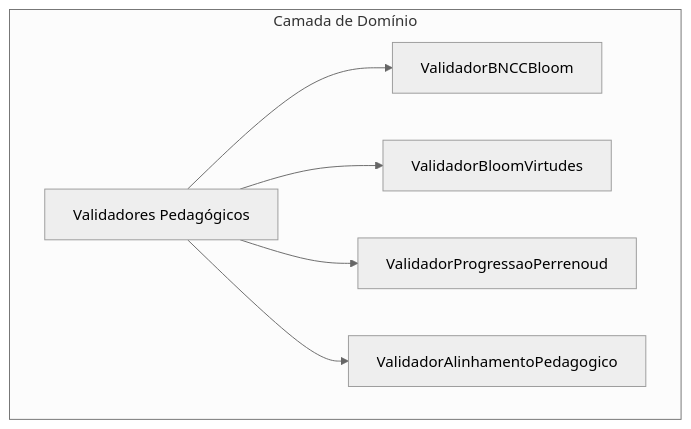
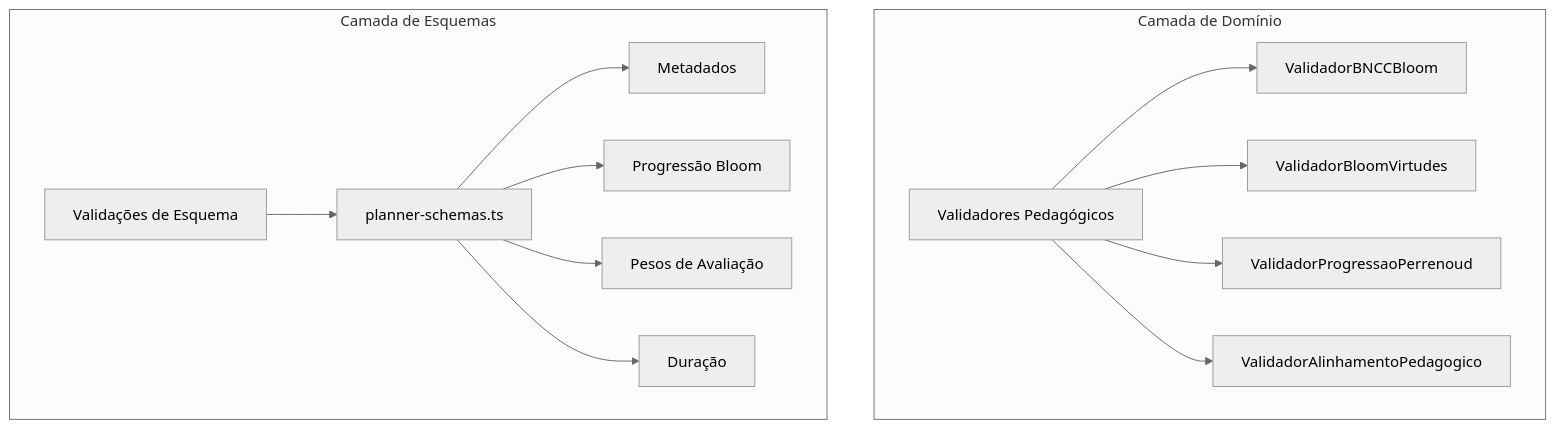
The first of 8 diagrams in .qoder/repowiki/pt/content/Validadores Pedagógicos.md (jordansmedeiros/virtuquest), drawn with Mermaid (neutral theme) before and after one commit. The commit also changed other lines of this file and 9 other files, not shown here.

````diff
--- a/.qoder/repowiki/pt/content/Validadores Pedagógicos.md
+++ b/.qoder/repowiki/pt/content/Validadores Pedagógicos.md
@@ -45,9 +73,16 @@
 ```mermaid
 graph TB
 subgraph "Camada de Domínio"
 A[Validadores Pedagógicos] --> B[ValidadorBNCCBloom]
 A --> C[ValidadorBloomVirtudes]
 A --> D[ValidadorProgressaoPerrenoud]
 A --> E[ValidadorAlinhamentoPedagogico]
 end
+subgraph "Camada de Esquemas"
+F[Validações de Esquema] --> G[planner-schemas.ts]
+G --> H[Metadados]
+G --> I[Progressão Bloom]
+G --> J[Pesos de Avaliação]
+G --> K[Duração]
+end
 ```
````
